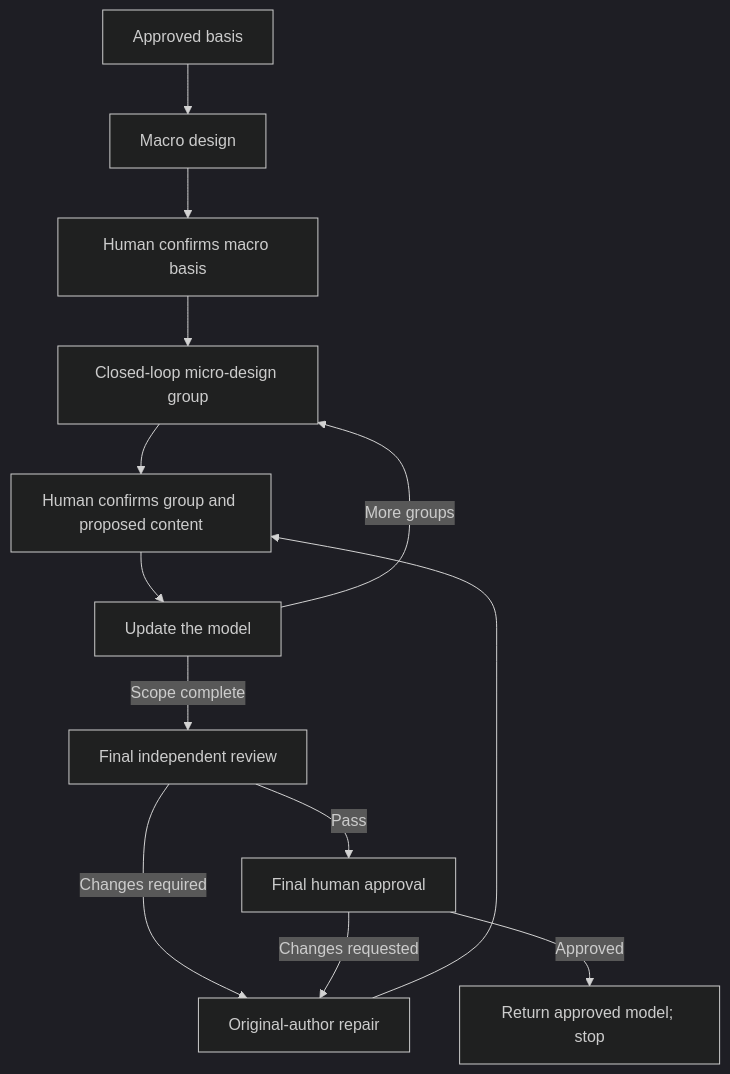
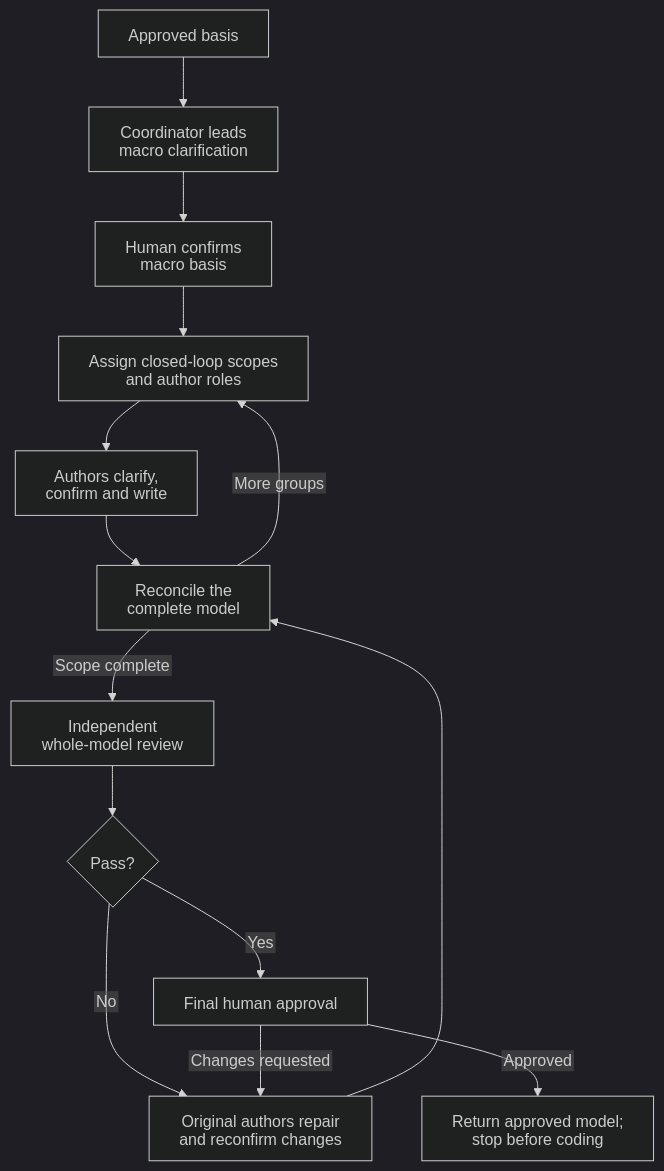
One commit to jidibinlin/clarity-skills changed the diagram in clarify-technical-design/SKILL.md. Above: the diagram before and after it, drawn with Mermaid (dark theme). The commit also changed other lines of this file and 6 other files, not shown here.

Commit message:
refactor: separate technical clarification methods and roles

````diff
--- a/clarify-technical-design/SKILL.md
+++ b/clarify-technical-design/SKILL.md
@@ -75,15 +34,17 @@
 ```mermaid
+%%{init: {"htmlLabels": false}}%%
 flowchart TD
-    A["Approved basis"] --> B["Macro design"]
-    B --> C["Human confirms macro basis"]
-    C --> D["Closed-loop micro-design group"]
-    D --> E["Human confirms group and proposed content"]
-    E --> F["Update the model"]
-    F -->|More groups| D
-    F -->|Scope complete| G["Final independent review"]
-    G -->|Changes required| H["Original-author repair"]
-    H --> E
-    G -->|Pass| I["Final human approval"]
-    I -->|Changes requested| H
-    I -->|Approved| J["Return approved model; stop"]
+    Basis["Approved basis"] --> Macro["Coordinator leads<br/>macro clarification"]
+    Macro --> Confirm["Human confirms<br/>macro basis"]
+    Confirm --> Assign["Assign closed-loop scopes<br/>and author roles"]
+    Assign --> Authors["Authors clarify,<br/>confirm and write"]
+    Authors --> Integrate["Reconcile the<br/>complete model"]
+    Integrate -->|More groups| Assign
+    Integrate -->|Scope complete| Review["Independent<br/>whole-model review"]
+    Review --> Pass{"Pass?"}
+    Pass -->|No| Repair["Original authors repair<br/>and reconfirm changes"]
+    Repair --> Integrate
+    Pass -->|Yes| Approval["Final human approval"]
+    Approval -->|Changes requested| Repair
+    Approval -->|Approved| Done["Return approved model;<br/>stop before coding"]
 ```
````
